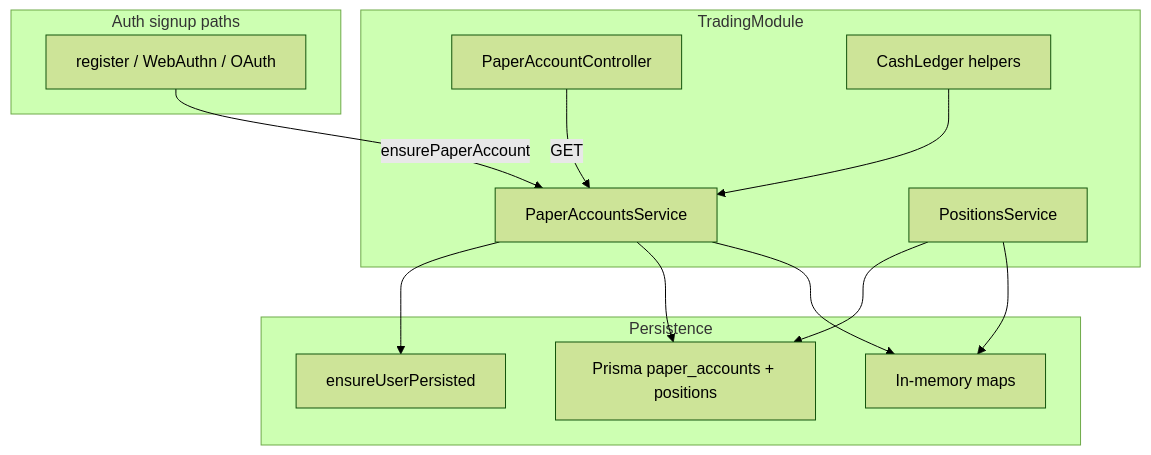
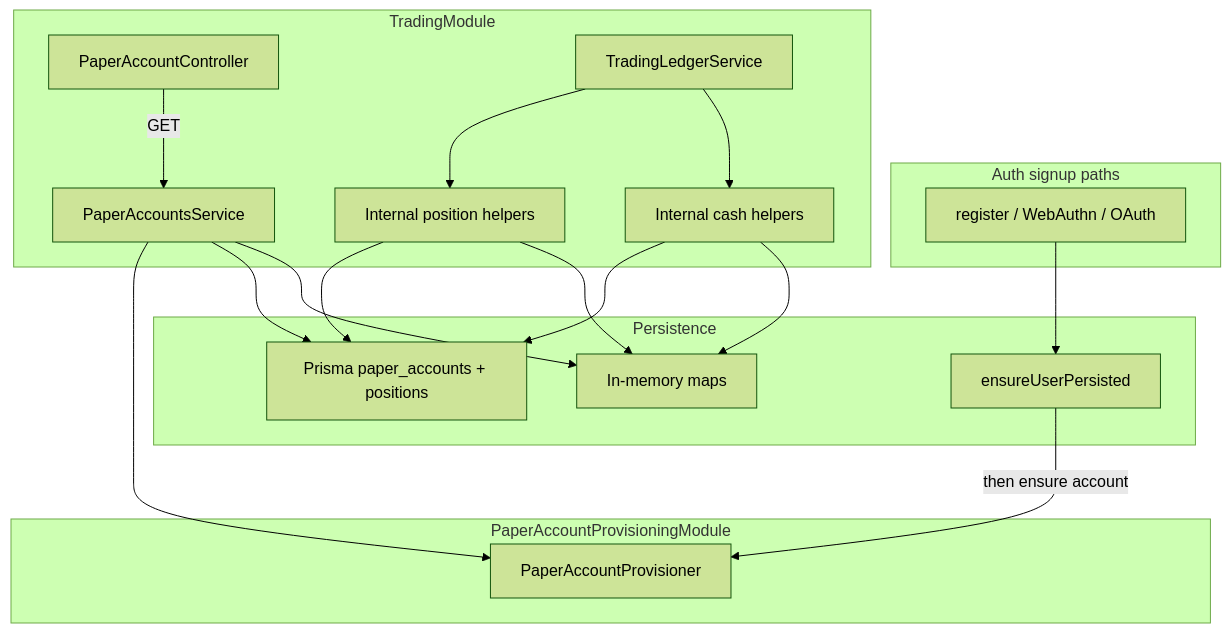
Before and after one commit to JustinPaoletta/BitStockerz: the diagram in docs/plans/sprint-4-1-accounts-positions.md, drawn with Mermaid (forest theme). The commit also changed other lines of this file and 232 other files, not shown here.

````diff
--- a/docs/plans/sprint-4-1-accounts-positions.md
+++ b/docs/plans/sprint-4-1-accounts-positions.md
@@ -148,25 +150,33 @@
 ```mermaid
 flowchart TB
   subgraph auth [Auth signup paths]
     REG[register / WebAuthn / OAuth]
   end
+  subgraph provision [PaperAccountProvisioningModule]
+    PROV[PaperAccountProvisioner]
+  end
   subgraph trading [TradingModule]
     PAC[PaperAccountController]
     PAS[PaperAccountsService]
-    POS[PositionsService]
-    CASH[CashLedger helpers]
+    LEDGER[TradingLedgerService]
+    POS[Internal position helpers]
+    CASH[Internal cash helpers]
   end
   subgraph persist [Persistence]
     MEM[In-memory maps]
     PRISMA[Prisma paper_accounts + positions]
     USER[ensureUserPersisted]
   end
-  REG -->|ensurePaperAccount| PAS
+  REG --> USER
+  USER -->|then ensure account| PROV
   PAC -->|GET| PAS
-  PAS --> USER
+  PAS --> PROV
   PAS --> PRISMA
   PAS --> MEM
+  LEDGER --> POS
+  LEDGER --> CASH
   POS --> PRISMA
   POS --> MEM
-  CASH --> PAS
+  CASH --> PRISMA
+  CASH --> MEM
 ```
````
